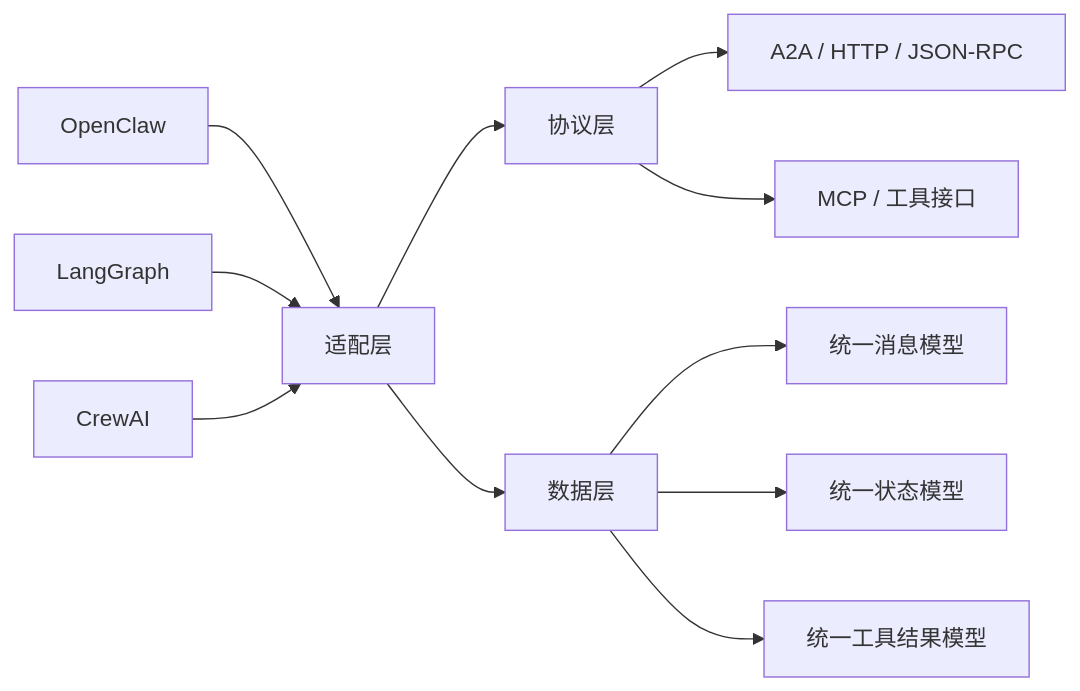
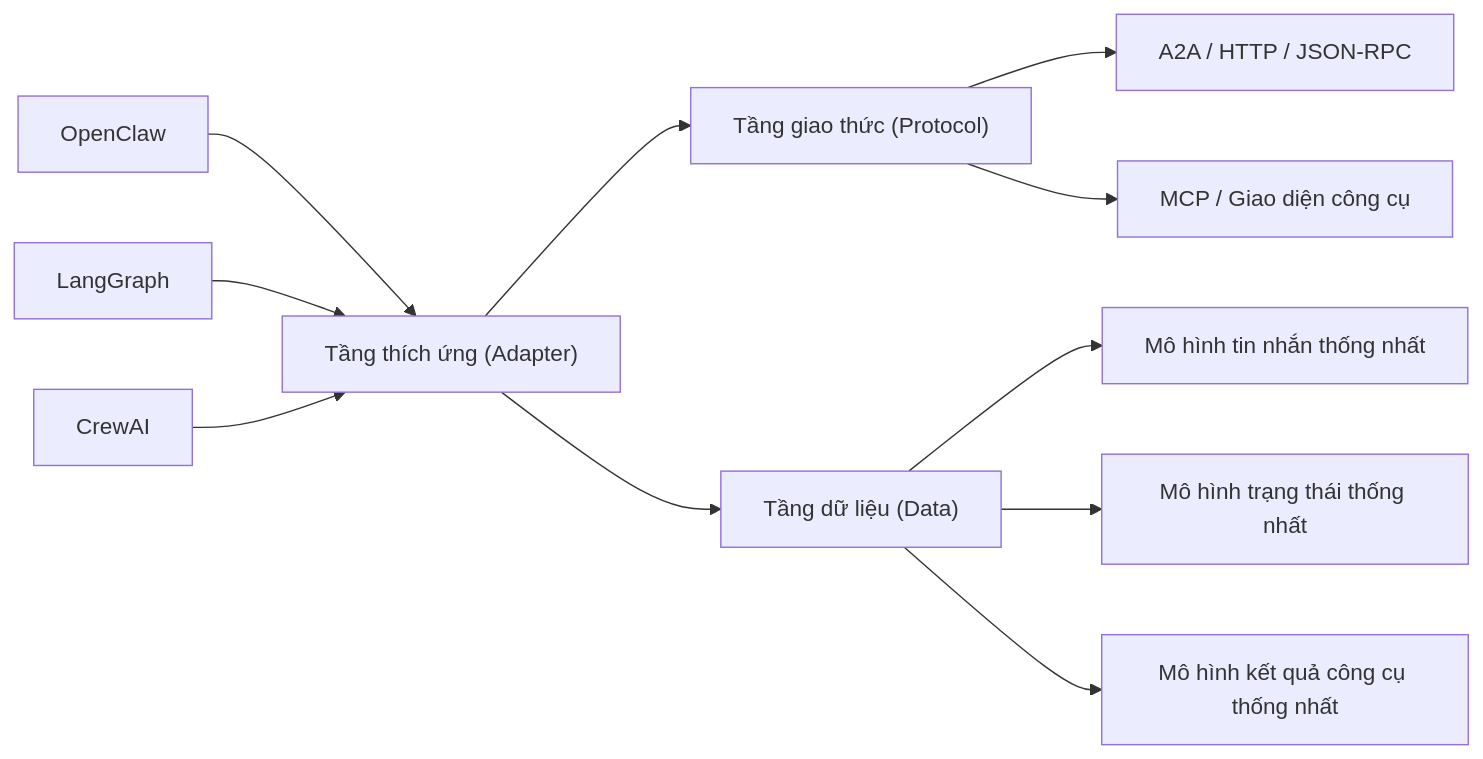
Before and after one commit to dino-edu/openclaw_guide: the diagram in 12_extension_engineering/12.5_framework_interoperability.md, drawn with Mermaid. The commit also changed other lines of this file and 27 other files, not shown here.

````diff
--- a/12_extension_engineering/12.5_framework_interoperability.md
+++ b/12_extension_engineering/12.5_framework_interoperability.md
@@ -19,13 +19,13 @@
 ```mermaid
 flowchart LR
-  OC["OpenClaw"] --> AD["适配层"]
+  OC["OpenClaw"] --> AD["Tầng thích ứng (Adapter)"]
   LG["LangGraph"] --> AD
   CA["CrewAI"] --> AD
-  AD --> P["协议层"]
-  AD --> D["数据层"]
+  AD --> P["Tầng giao thức (Protocol)"]
+  AD --> D["Tầng dữ liệu (Data)"]
   P --> A2A["A2A / HTTP / JSON-RPC"]
-  P --> MCP["MCP / 工具接口"]
-  D --> MSG["统一消息模型"]
-  D --> STA["统一状态模型"]
-  D --> TOOL["统一工具结果模型"]
+  P --> MCP["MCP / Giao diện công cụ"]
+  D --> MSG["Mô hình tin nhắn thống nhất"]
+  D --> STA["Mô hình trạng thái thống nhất"]
+  D --> TOOL["Mô hình kết quả công cụ thống nhất"]
 ```
````
